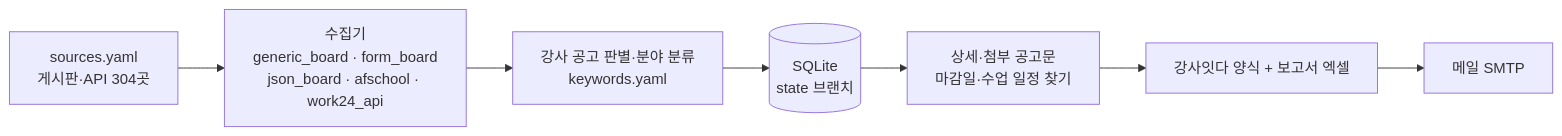
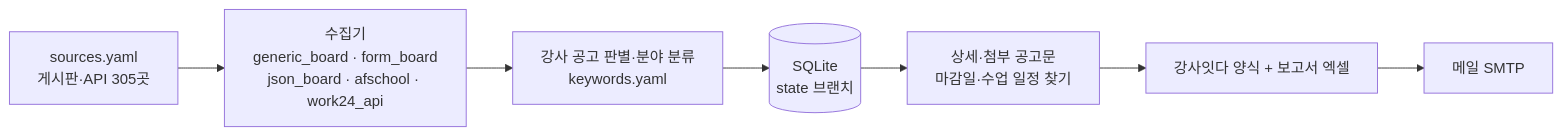
Before and after one commit to thskal17-sudo/busan-school-company: the diagram in docs/DESIGN.md, drawn with Mermaid. The commit also changed other lines of this file and 7 other files, not shown here.

````diff
--- a/docs/DESIGN.md
+++ b/docs/DESIGN.md
@@ -29,9 +29,9 @@
 ```mermaid
 flowchart LR
-    S[sources.yaml<br/>게시판·API 304곳] --> C[수집기<br/>generic_board · form_board<br/>json_board · afschool · work24_api]
+    S[sources.yaml<br/>게시판·API 305곳] --> C[수집기<br/>generic_board · form_board<br/>json_board · afschool · work24_api]
     C --> F[강사 공고 판별·분야 분류<br/>keywords.yaml]
     F --> D[(SQLite<br/>state 브랜치)]
     D --> I[상세·첨부 공고문<br/>마감일·수업 일정 찾기]
     I --> X[강사잇다 양식 + 보고서 엑셀]
     X --> M[메일 SMTP]
 ```
````
